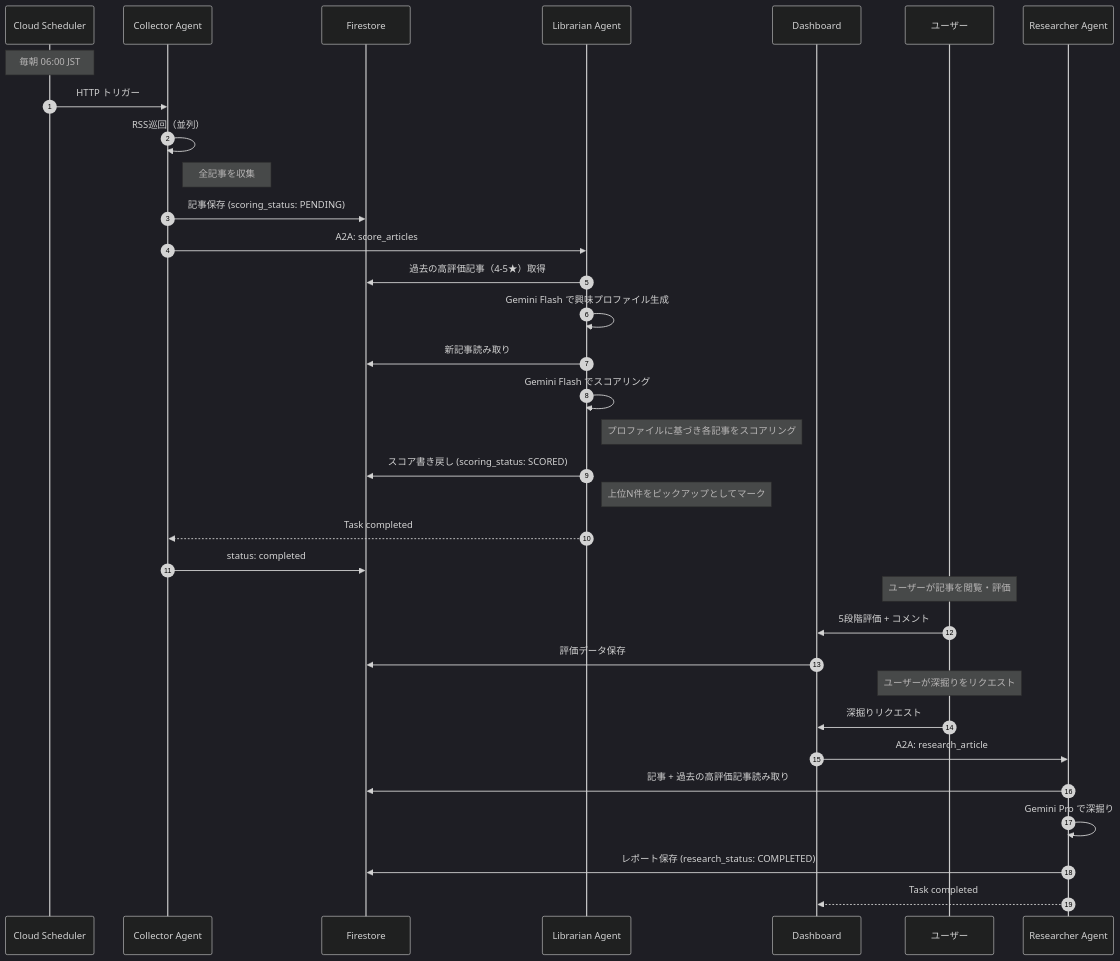
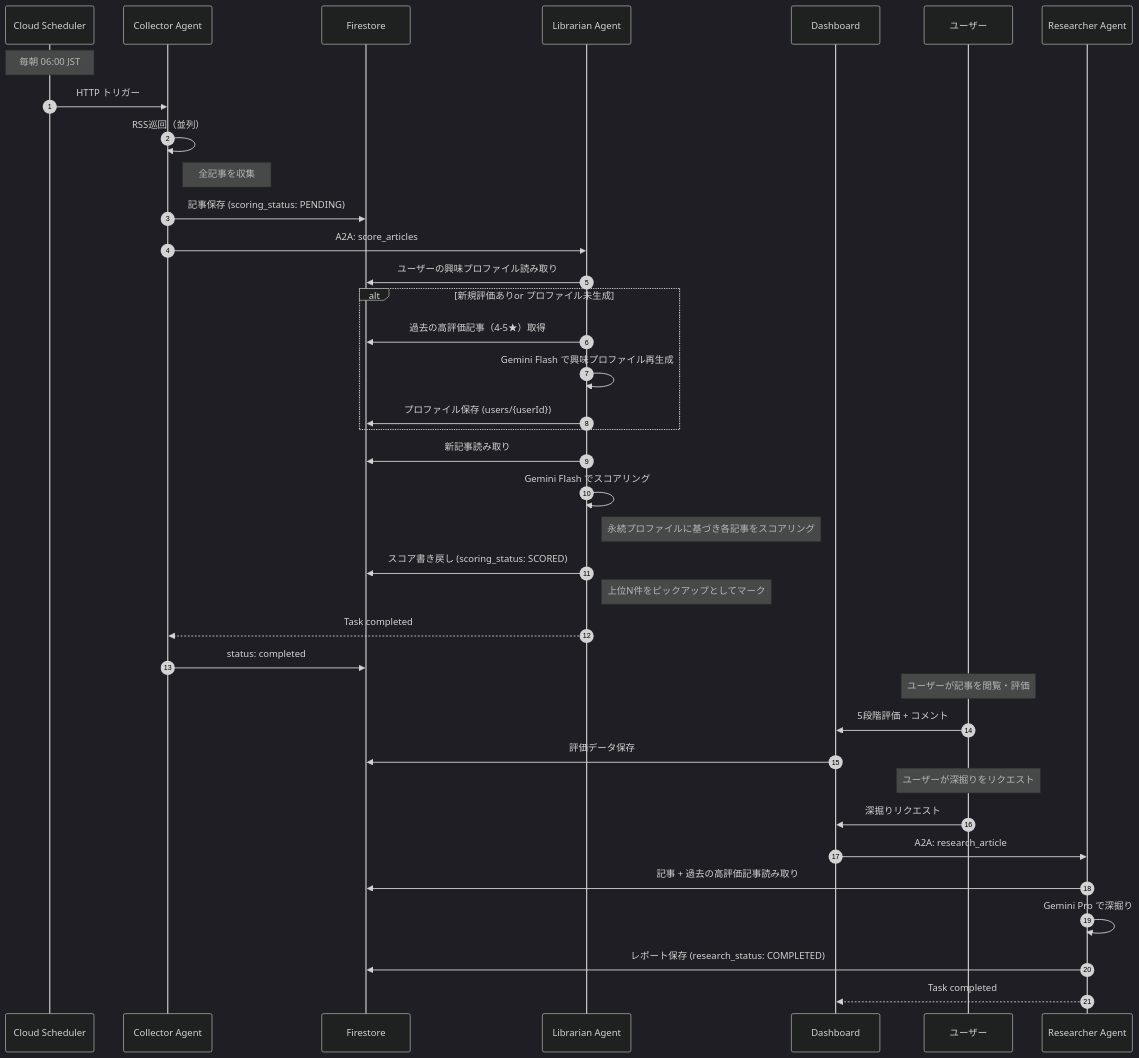
One commit to Renz0043/curation-persona changed the second of 2 diagrams in docs/Design_doc.md. Above: the diagram before and after it, drawn with Mermaid (dark theme). The commit also changed other lines of this file and 2 other files, not shown here.

Commit message:
docs: 興味プロファイルをFirestoreに永続保持する設計に変更
スコアリングのたびにLLMでプロファイルを生成するのではなく、
Firestoreのusers/{userId}に永続保持し、日次バッチ前に新規評価の
有無を確認して必要時のみ再生成する方式に変更。

````diff
--- a/docs/Design_doc.md
+++ b/docs/Design_doc.md
@@ -212,42 +214,46 @@
 ```mermaid
 sequenceDiagram
     autonumber
     participant Scheduler as Cloud Scheduler
     participant Collector as Collector Agent
     participant DB as Firestore
     participant Librarian as Librarian Agent
     participant Dashboard as Dashboard
     participant User as ユーザー
     participant Researcher as Researcher Agent
 
     Note over Scheduler: 毎朝 06:00 JST
     Scheduler->>Collector: HTTP トリガー
 
     Collector->>Collector: RSS巡回（並列）
     Note right of Collector: 全記事を収集
     Collector->>DB: 記事保存 (scoring_status: PENDING)
     Collector->>Librarian: A2A: score_articles
 
-    Librarian->>DB: 過去の高評価記事（4-5★）取得
-    Librarian->>Librarian: Gemini Flash で興味プロファイル生成
+    Librarian->>DB: ユーザーの興味プロファイル読み取り
+    alt 新規評価ありor プロファイル未生成
+        Librarian->>DB: 過去の高評価記事（4-5★）取得
+        Librarian->>Librarian: Gemini Flash で興味プロファイル再生成
+        Librarian->>DB: プロファイル保存 (users/{userId})
+    end
     Librarian->>DB: 新記事読み取り
     Librarian->>Librarian: Gemini Flash でスコアリング
-    Note right of Librarian: プロファイルに基づき各記事をスコアリング
+    Note right of Librarian: 永続プロファイルに基づき各記事をスコアリング
     Librarian->>DB: スコア書き戻し (scoring_status: SCORED)
     Note right of Librarian: 上位N件をピックアップとしてマーク
 
     Librarian-->>Collector: Task completed
     Collector->>DB: status: completed
 
     Note over User: ユーザーが記事を閲覧・評価
     User->>Dashboard: 5段階評価 + コメント
     Dashboard->>DB: 評価データ保存
 
     Note over User: ユーザーが深掘りをリクエスト
     User->>Dashboard: 深掘りリクエスト
     Dashboard->>Researcher: A2A: research_article
     Researcher->>DB: 記事 + 過去の高評価記事読み取り
     Researcher->>Researcher: Gemini Pro で深掘り
     Researcher->>DB: レポート保存 (research_status: COMPLETED)
     Researcher-->>Dashboard: Task completed
 ```
````
